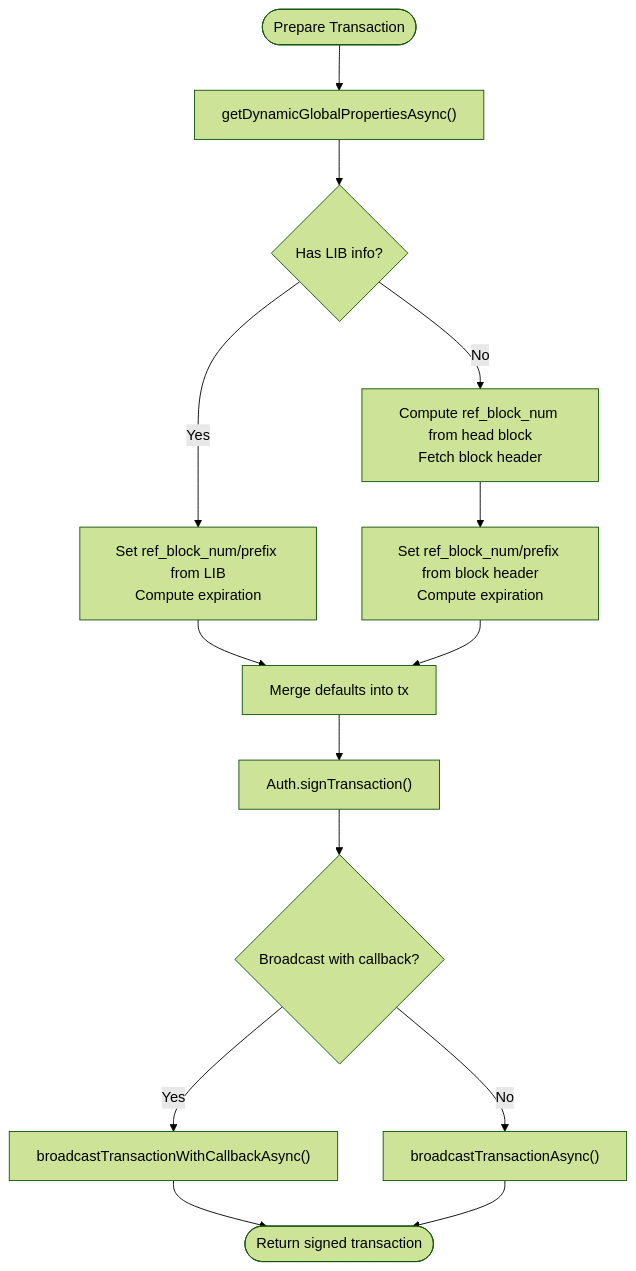
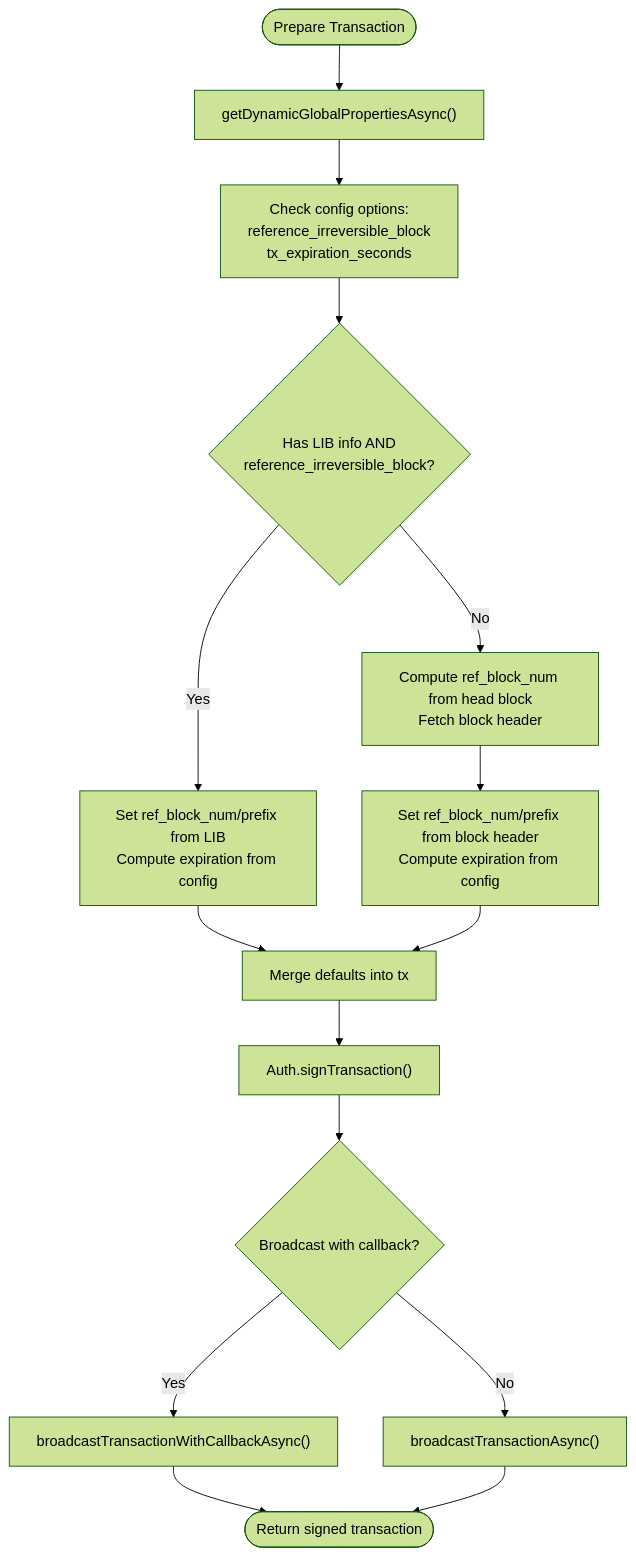
One commit to VIZ-Blockchain/viz-js-lib changed the third of 6 diagrams in .qoder/repowiki/en/content/Broadcast Transactions/Broadcast Transactions.md. Above: the diagram before and after it, drawn with Mermaid (forest theme). The commit also changed other lines of this file and 3 other files, not shown here.

First line of the commit message:
docs(config): add new options for transaction expiration and irreversible block reference

````diff
--- a/.qoder/repowiki/en/content/Broadcast Transactions/Broadcast Transactions.md
+++ b/.qoder/repowiki/en/content/Broadcast Transactions/Broadcast Transactions.md
@@ -164,16 +178,17 @@
 ```mermaid
 flowchart TD
 Start(["Prepare Transaction"]) --> GetProps["getDynamicGlobalPropertiesAsync()"]
-GetProps --> HasLIB{"Has LIB info?"}
-HasLIB --> |Yes| UseLIB["Set ref_block_num/prefix from LIB<br/>Compute expiration"]
+GetProps --> CheckConfig["Check config options:<br/>reference_irreversible_block<br/>tx_expiration_seconds"]
+CheckConfig --> HasLIB{"Has LIB info AND<br/>reference_irreversible_block?"}
+HasLIB --> |Yes| UseLIB["Set ref_block_num/prefix from LIB<br/>Compute expiration from config"]
 HasLIB --> |No| HeadBlk["Compute ref_block_num from head block<br/>Fetch block header"]
-HeadBlk --> SetRef["Set ref_block_num/prefix from block header<br/>Compute expiration"]
+HeadBlk --> SetRef["Set ref_block_num/prefix from block header<br/>Compute expiration from config"]
 UseLIB --> BuildTx["Merge defaults into tx"]
 SetRef --> BuildTx
 BuildTx --> Sign["Auth.signTransaction()"]
 Sign --> Mode{"Broadcast with callback?"}
 Mode --> |Yes| BCastCB["broadcastTransactionWithCallbackAsync()"]
 Mode --> |No| BCast["broadcastTransactionAsync()"]
 BCastCB --> Done(["Return signed transaction"])
 BCast --> Done
 ```
````
